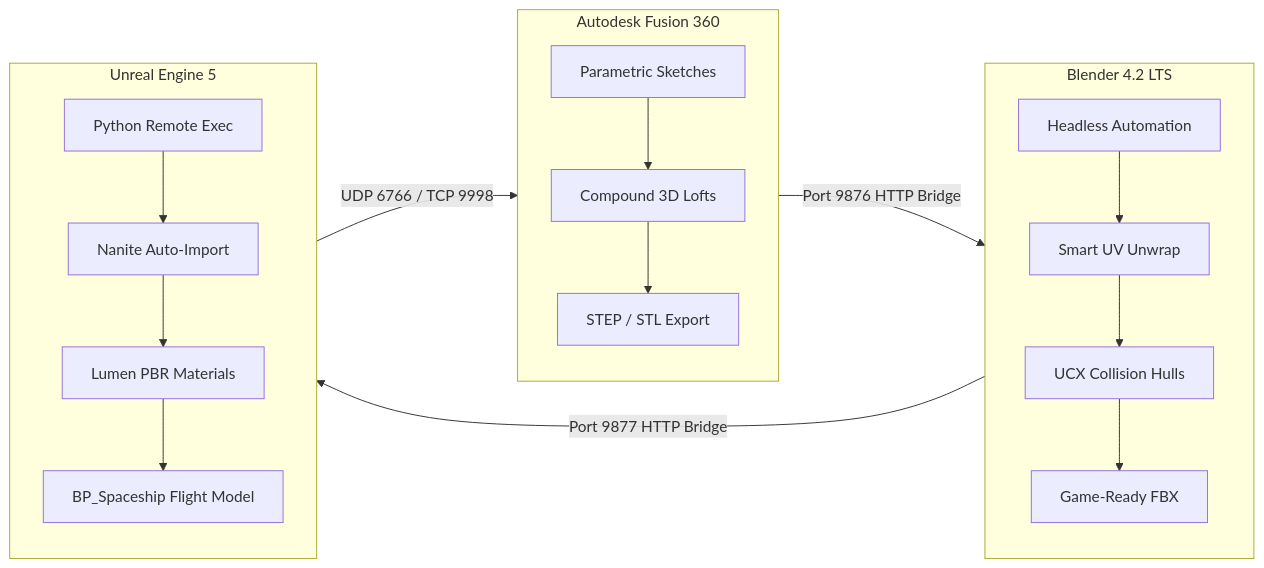
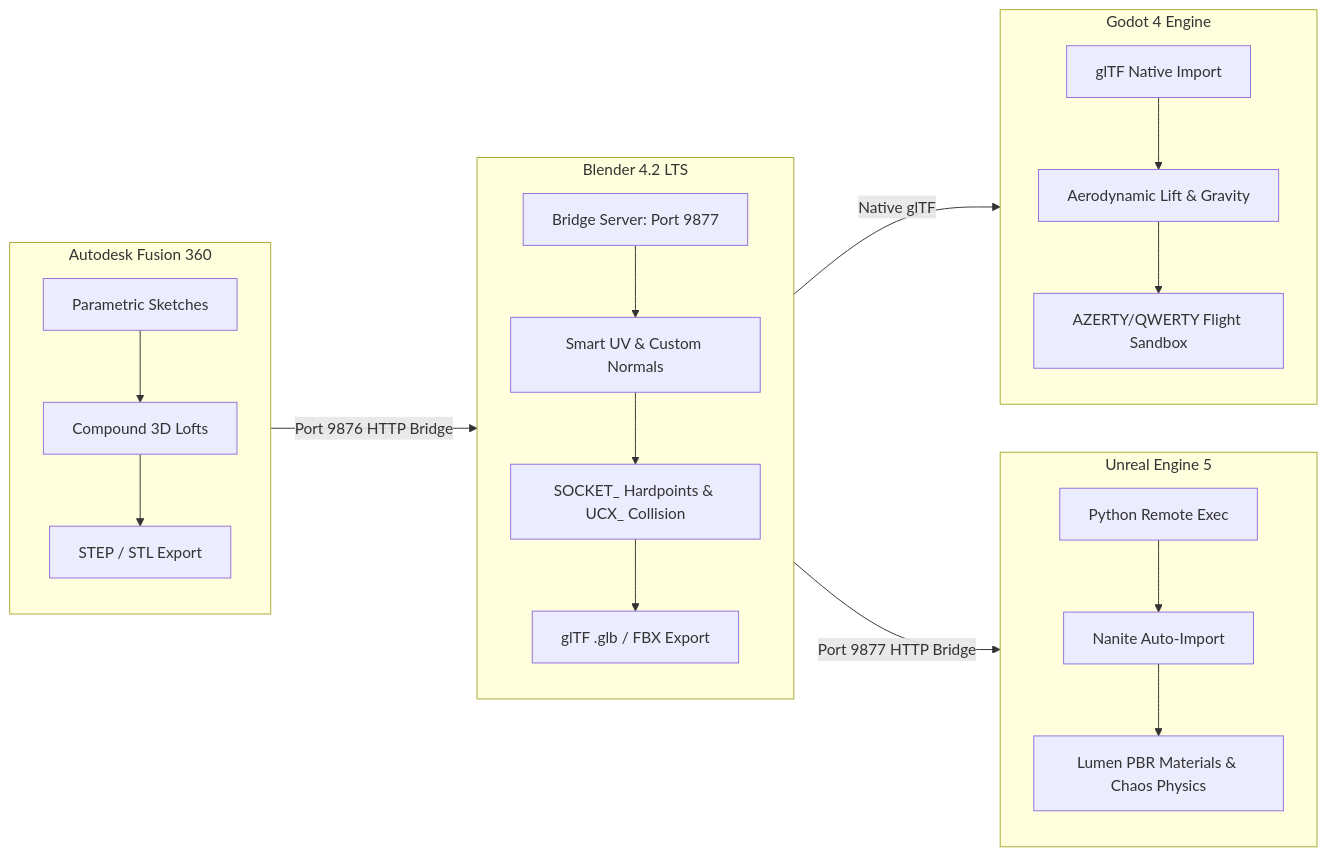
One commit to bokk3/Vanguard changed the diagram in README.md. Above: the diagram before and after it, drawn with Mermaid. The commit also changed other lines of this file and 5 other files, not shown here.

Commit message:
feat(docs): add flight physics, pipeline, weapons documentation and AZERTY auto-detection

````diff
--- a/README.md
+++ b/README.md
@@ -10,23 +10,27 @@
 ```mermaid
 graph LR
     subgraph CAD [Autodesk Fusion 360]
         F1[Parametric Sketches] --> F2[Compound 3D Lofts]
         F2 --> F3[STEP / STL Export]
     end
 
     subgraph DCC [Blender 4.2 LTS]
-        B1[Headless Automation] --> B2[Smart UV Unwrap]
-        B2 --> B3[UCX Collision Hulls]
-        B3 --> B4[Game-Ready FBX]
+        B1[Bridge Server: Port 9877] --> B2[Smart UV & Custom Normals]
+        B2 --> B3[SOCKET_ Hardpoints & UCX_ Collision]
+        B3 --> B4[glTF .glb / FBX Export]
     end
 
-    subgraph ENGINE [Unreal Engine 5]
+    subgraph GODOT [Godot 4 Engine]
+        G1[glTF Native Import] --> G2[Aerodynamic Lift & Gravity]
+        G2 --> G3[AZERTY/QWERTY Flight Sandbox]
+    end
+
+    subgraph UNREAL [Unreal Engine 5]
         U1[Python Remote Exec] --> U2[Nanite Auto-Import]
-        U2 --> U3[Lumen PBR Materials]
-        U3 --> U4[BP_Spaceship Flight Model]
+        U2 --> U3[Lumen PBR Materials & Chaos Physics]
     end
 
     CAD -- "Port 9876 HTTP Bridge" --> DCC
-    DCC -- "Port 9877 HTTP Bridge" --> ENGINE
-    ENGINE -- "UDP 6766 / TCP 9998" --> CAD
+    DCC -- "Native glTF" --> GODOT
+    DCC -- "Port 9877 HTTP Bridge" --> UNREAL
 ```
````
